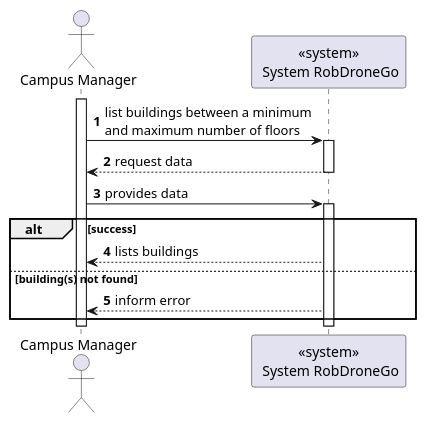
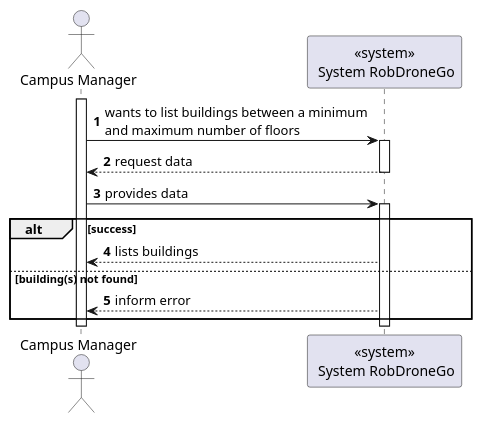
One commit to Departamento-de-Engenharia-Informatica/lapr5-23-24-g19 changed the diagram in docs/us1080/level1/process-view.puml. Above: the diagram before and after it, drawn with PlantUML. The commit also changed 3 other files, not shown here.

```diff
--- a/docs/us1080/level1/process-view.puml
+++ b/docs/us1080/level1/process-view.puml
@@ -1,24 +1,24 @@
 @startuml
 autonumber
 
 actor "Campus Manager" as usr
 
 participant "<<system>>\n System RobDroneGo" as sys
 
 activate usr
-usr -> sys : list buildings between a minimum\nand maximum number of floors
+    usr -> sys : wants to list buildings between a minimum\nand maximum number of floors
     activate sys
         sys --> usr : request data
     deactivate sys
 
     usr -> sys : provides data
     activate sys
     alt success
         sys --> usr : lists buildings
     else building(s) not found
         sys --> usr : inform error
     end
     deactivate sys
 deactivate usr
 
 @enduml
```
